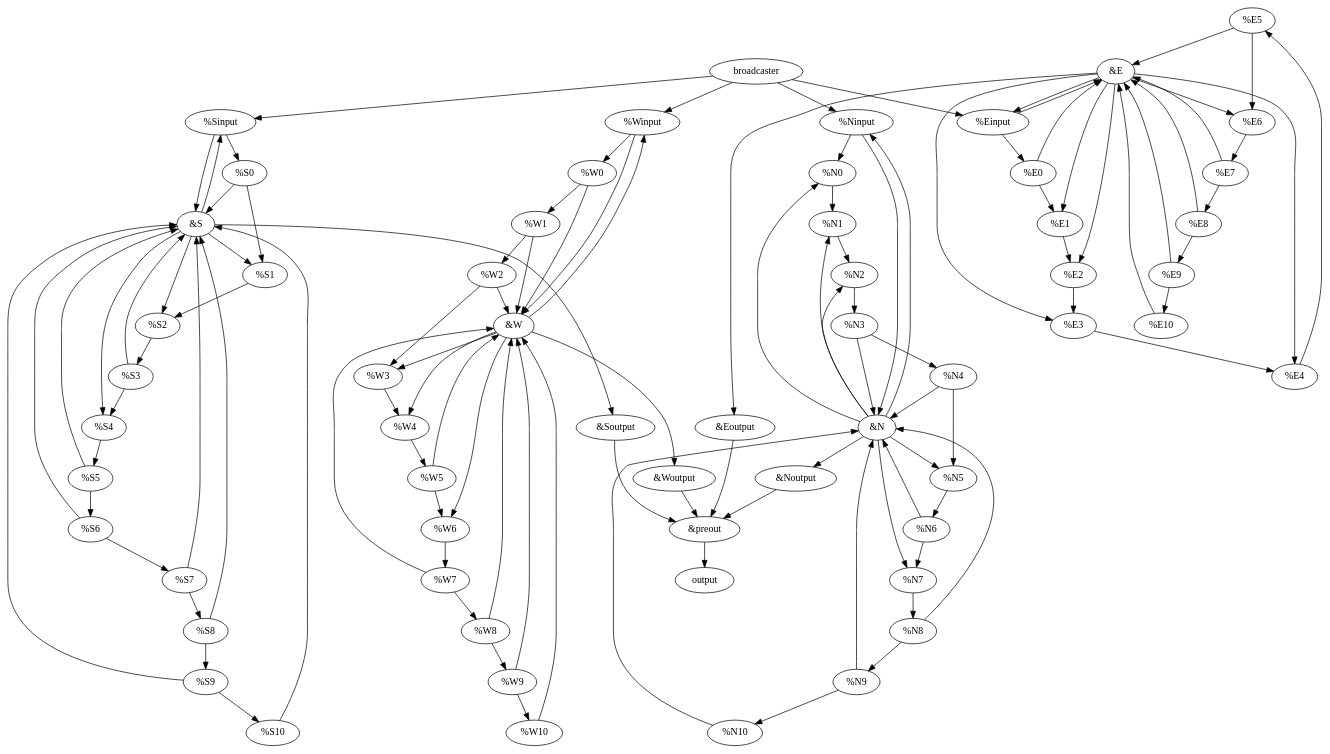
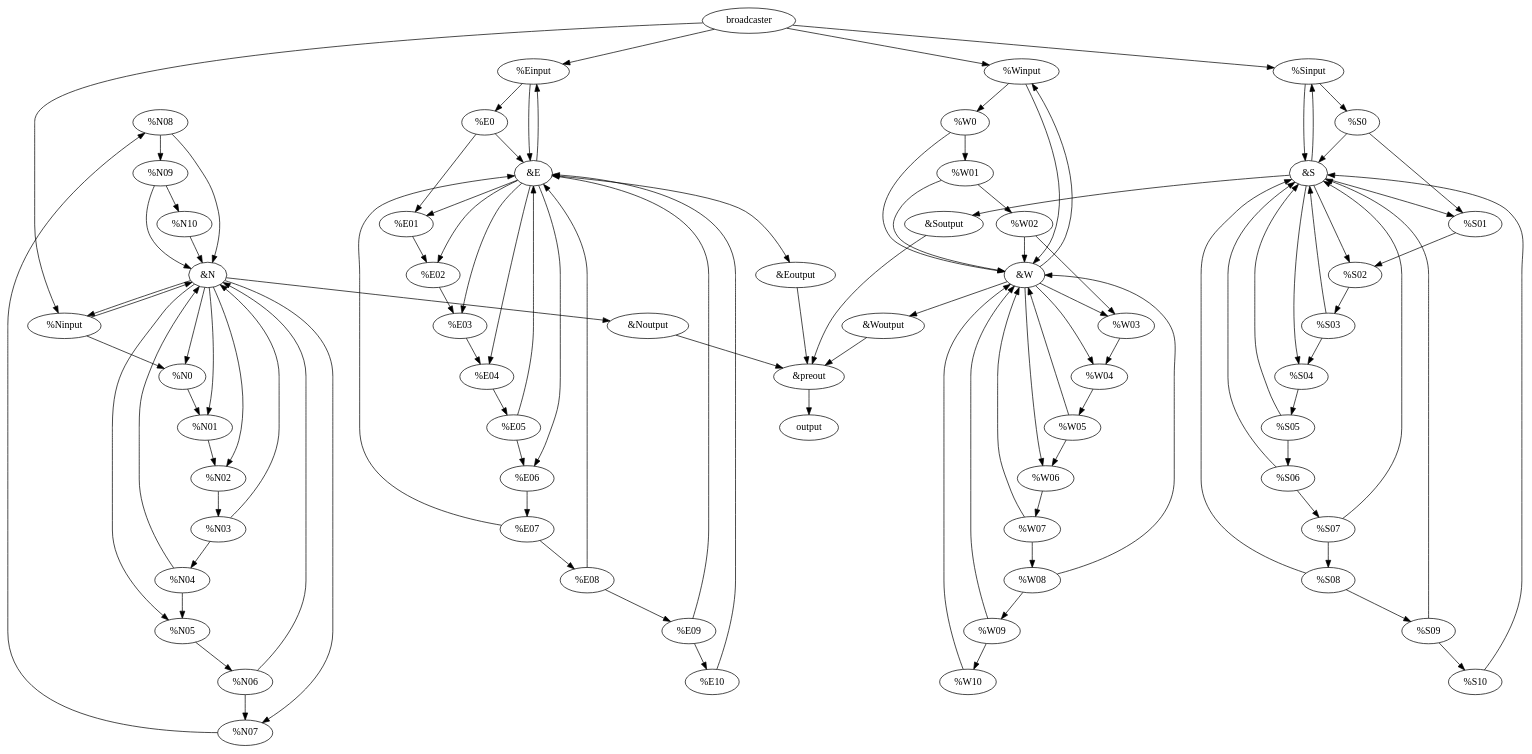
Before and after one commit to denismm/aoc: the diagram in 2023/20.dot, drawn with Graphviz. The commit also changed 2 other files, not shown here.

```diff
--- a/2023/20.dot
+++ b/2023/20.dot
@@ -1,170 +1,170 @@
 digraph "AoC 20" {
-	E5 [label="%E5"]
-	N6 [label="%N6"]
-	W2 [label="%W2"]
-	N3 [label="%N3"]
+	N08 [label="%N08"]
+	S [label="&S"]
+	Ninput [label="%Ninput"]
+	W02 [label="%W02"]
+	N04 [label="%N04"]
+	S05 [label="%S05"]
+	W04 [label="%W04"]
 	E [label="&E"]
-	N9 [label="%N9"]
+	Woutput [label="&Woutput"]
+	W08 [label="%W08"]
+	Soutput [label="&Soutput"]
+	preout [label="&preout"]
+	E06 [label="%E06"]
+	N03 [label="%N03"]
+	S06 [label="%S06"]
+	E05 [label="%E05"]
+	N09 [label="%N09"]
+	S08 [label="%S08"]
+	W01 [label="%W01"]
+	W [label="&W"]
+	N02 [label="%N02"]
+	E07 [label="%E07"]
+	output [label=output]
+	E02 [label="%E02"]
+	Einput [label="%Einput"]
+	E03 [label="%E03"]
+	Sinput [label="%Sinput"]
+	N [label="&N"]
+	E0 [label="%E0"]
+	S09 [label="%S09"]
+	N0 [label="%N0"]
+	W07 [label="%W07"]
+	E01 [label="%E01"]
+	N10 [label="%N10"]
+	W0 [label="%W0"]
+	Noutput [label="&Noutput"]
 	E10 [label="%E10"]
-	N0 [label="%N0"]
+	S01 [label="%S01"]
+	S02 [label="%S02"]
+	N01 [label="%N01"]
+	N07 [label="%N07"]
+	S04 [label="%S04"]
+	W03 [label="%W03"]
+	S03 [label="%S03"]
+	N05 [label="%N05"]
+	W06 [label="%W06"]
+	E08 [label="%E08"]
+	broadcaster [label=broadcaster]
+	S0 [label="%S0"]
+	W05 [label="%W05"]
+	W10 [label="%W10"]
+	Winput [label="%Winput"]
+	S07 [label="%S07"]
+	Eoutput [label="&Eoutput"]
+	E09 [label="%E09"]
+	W09 [label="%W09"]
+	N06 [label="%N06"]
+	E04 [label="%E04"]
 	S10 [label="%S10"]
-	N [label="&N"]
-	S3 [label="%S3"]
-	E9 [label="%E9"]
-	Ninput [label="%Ninput"]
-	S2 [label="%S2"]
-	Noutput [label="&Noutput"]
-	S4 [label="%S4"]
-	W1 [label="%W1"]
-	W8 [label="%W8"]
-	Soutput [label="&Soutput"]
-	W9 [label="%W9"]
-	N10 [label="%N10"]
-	preout [label="&preout"]
-	N2 [label="%N2"]
-	Sinput [label="%Sinput"]
-	N1 [label="%N1"]
-	W4 [label="%W4"]
-	E1 [label="%E1"]
-	S7 [label="%S7"]
-	Eoutput [label="&Eoutput"]
-	S5 [label="%S5"]
-	E7 [label="%E7"]
-	S6 [label="%S6"]
-	Winput [label="%Winput"]
-	S [label="&S"]
-	S0 [label="%S0"]
-	W10 [label="%W10"]
-	E2 [label="%E2"]
-	W [label="&W"]
-	S8 [label="%S8"]
-	E8 [label="%E8"]
-	S1 [label="%S1"]
-	N4 [label="%N4"]
-	W6 [label="%W6"]
-	broadcaster [label=broadcaster]
-	E3 [label="%E3"]
-	output [label=output]
-	E4 [label="%E4"]
-	S9 [label="%S9"]
-	N7 [label="%N7"]
-	E0 [label="%E0"]
-	N8 [label="%N8"]
-	E6 [label="%E6"]
-	Woutput [label="&Woutput"]
-	W3 [label="%W3"]
-	W0 [label="%W0"]
-	W7 [label="%W7"]
-	Einput [label="%Einput"]
-	W5 [label="%W5"]
-	N5 [label="%N5"]
-	N2 -> N3
-	E5 -> E6
-	E5 -> E
-	S7 -> S8
-	S7 -> S
-	W9 -> W
-	W9 -> W10
-	E8 -> E9
-	E8 -> E
-	N -> N7
+	E0 -> E01
+	E0 -> E
+	E01 -> E02
+	E02 -> E03
+	E03 -> E04
+	E04 -> E05
+	E05 -> E06
+	E05 -> E
+	E06 -> E07
+	E07 -> E
+	E07 -> E08
+	E08 -> E09
+	E08 -> E
+	E09 -> E
+	E09 -> E10
+	E10 -> E
+	Einput -> E
+	Einput -> E0
+	N0 -> N01
+	N01 -> N02
+	N02 -> N03
+	N03 -> N
+	N03 -> N04
+	N04 -> N05
+	N04 -> N
+	N05 -> N06
+	N06 -> N
+	N06 -> N07
+	N07 -> N08
+	N08 -> N09
+	N08 -> N
+	N09 -> N
+	N09 -> N10
+	N10 -> N
+	Ninput -> N
+	Ninput -> N0
+	S0 -> S
+	S0 -> S01
+	S01 -> S02
+	S02 -> S03
+	S03 -> S04
+	S03 -> S
+	S04 -> S05
+	S05 -> S
+	S05 -> S06
+	S06 -> S
+	S06 -> S07
+	S07 -> S08
+	S07 -> S
+	S08 -> S
+	S08 -> S09
+	S09 -> S
+	S09 -> S10
+	S10 -> S
+	Sinput -> S
+	Sinput -> S0
+	W0 -> W01
+	W0 -> W
+	W01 -> W
+	W01 -> W02
+	W02 -> W
+	W02 -> W03
+	W03 -> W04
+	W04 -> W05
+	W05 -> W06
+	W05 -> W
+	W06 -> W07
+	W07 -> W
+	W07 -> W08
+	W08 -> W
+	W08 -> W09
+	W09 -> W
+	W09 -> W10
+	W10 -> W
+	Winput -> W
+	Winput -> W0
+	E -> E06
+	E -> E02
+	E -> Einput
+	E -> E03
+	E -> E04
+	E -> Eoutput
+	E -> E01
+	Eoutput -> preout
+	N -> N07
 	N -> Noutput
-	N -> N5
+	N -> N05
 	N -> N0
-	N -> N1
+	N -> N01
 	N -> Ninput
-	N -> N2
-	W -> W4
-	W -> W3
+	N -> N02
+	Noutput -> preout
+	S -> S04
+	S -> Soutput
+	S -> S01
+	S -> S02
+	S -> Sinput
+	Soutput -> preout
+	W -> W04
+	W -> W03
 	W -> Winput
 	W -> Woutput
-	W -> W6
-	W5 -> W6
-	W5 -> W
-	Soutput -> preout
-	W1 -> W
-	W1 -> W2
-	S10 -> S
-	E4 -> E5
-	S1 -> S2
-	N9 -> N
-	N9 -> N10
-	Winput -> W
-	Winput -> W0
-	W6 -> W7
-	N4 -> N5
-	N4 -> N
+	W -> W06
 	Woutput -> preout
-	E3 -> E4
-	S0 -> S
-	S0 -> S1
-	N7 -> N8
-	N8 -> N9
-	N8 -> N
-	S -> S4
-	S -> Soutput
-	S -> S1
-	S -> S2
-	S -> Sinput
-	Noutput -> preout
-	E6 -> E7
-	E1 -> E2
-	Sinput -> S
-	Sinput -> S0
-	N3 -> N
-	N3 -> N4
+	preout -> output
 	broadcaster -> Einput
 	broadcaster -> Winput
 	broadcaster -> Sinput
 	broadcaster -> Ninput
-	W2 -> W
-	W2 -> W3
-	E0 -> E1
-	E0 -> E
-	E10 -> E
-	S6 -> S
-	S6 -> S7
-	E9 -> E
-	E9 -> E10
-	S8 -> S
-	S8 -> S9
-	W8 -> W
-	W8 -> W9
-	S9 -> S
-	S9 -> S10
-	W3 -> W4
-	N5 -> N6
-	E7 -> E
-	E7 -> E8
-	N6 -> N
-	N6 -> N7
-	Eoutput -> preout
-	N1 -> N2
-	S3 -> S4
-	S3 -> S
-	W4 -> W5
-	S5 -> S
-	S5 -> S6
-	W7 -> W
-	W7 -> W8
-	N0 -> N1
-	E2 -> E3
-	Ninput -> N
-	Ninput -> N0
-	E -> E6
-	E -> E2
-	E -> Einput
-	E -> E3
-	E -> E4
-	E -> Eoutput
-	E -> E1
-	N10 -> N
-	preout -> output
-	S2 -> S3
-	Einput -> E
-	Einput -> E0
-	S4 -> S5
-	W0 -> W1
-	W0 -> W
-	W10 -> W
 }
```
